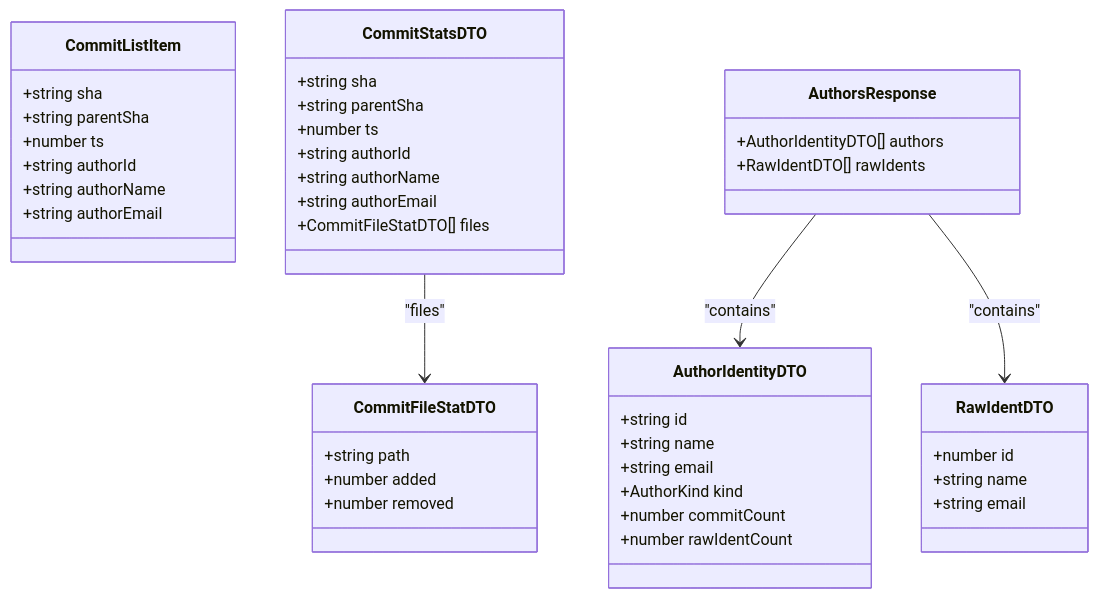
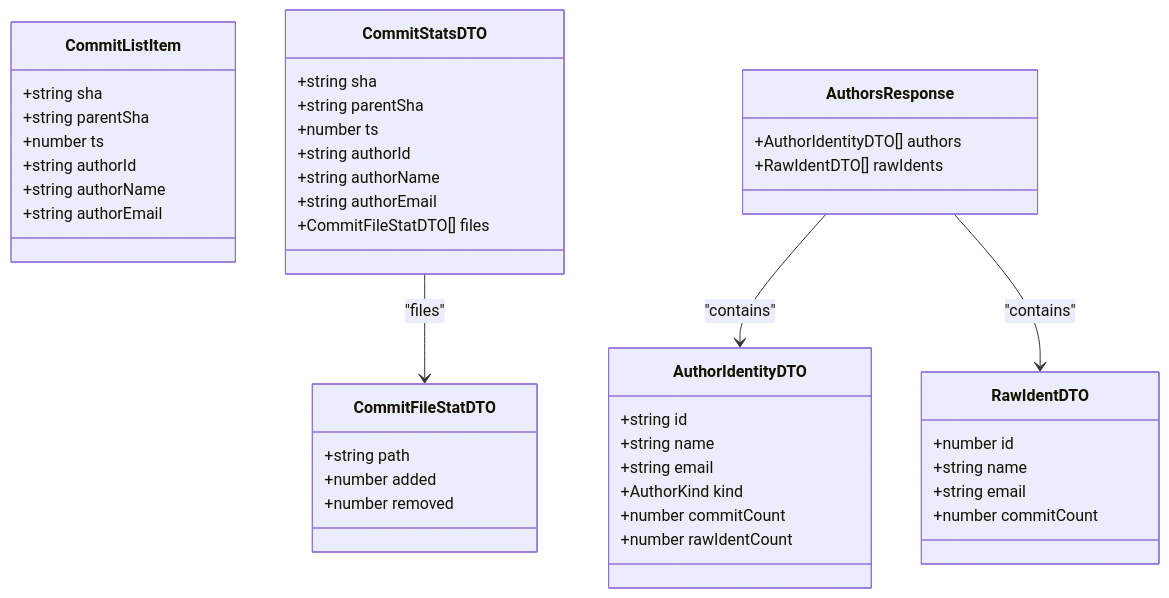
The third of 14 diagrams in .qoder/repowiki/en/content/Data Models & Database Schema/Shared TypeScript Types.md (ZFakir/SDPTestOne2799656), drawn with Mermaid before and after one commit. The commit also changed other lines of this file and 115 other files, not shown here.

````diff
--- a/.qoder/repowiki/en/content/Data Models & Database Schema/Shared TypeScript Types.md
+++ b/.qoder/repowiki/en/content/Data Models & Database Schema/Shared TypeScript Types.md
@@ -145,45 +160,46 @@
 ```mermaid
 classDiagram
 class CommitListItem {
 +string sha
 +string parentSha
 +number ts
 +string authorId
 +string authorName
 +string authorEmail
 }
 class CommitFileStatDTO {
 +string path
 +number added
 +number removed
 }
 class CommitStatsDTO {
 +string sha
 +string parentSha
 +number ts
 +string authorId
 +string authorName
 +string authorEmail
 +CommitFileStatDTO[] files
 }
 class AuthorIdentityDTO {
 +string id
 +string name
 +string email
 +AuthorKind kind
 +number commitCount
 +number rawIdentCount
 }
 class RawIdentDTO {
 +number id
 +string name
 +string email
++number commitCount
 }
 class AuthorsResponse {
 +AuthorIdentityDTO[] authors
 +RawIdentDTO[] rawIdents
 }
 CommitStatsDTO --> CommitFileStatDTO : "files"
 AuthorsResponse --> AuthorIdentityDTO : "contains"
 AuthorsResponse --> RawIdentDTO : "contains"
 ```
````
